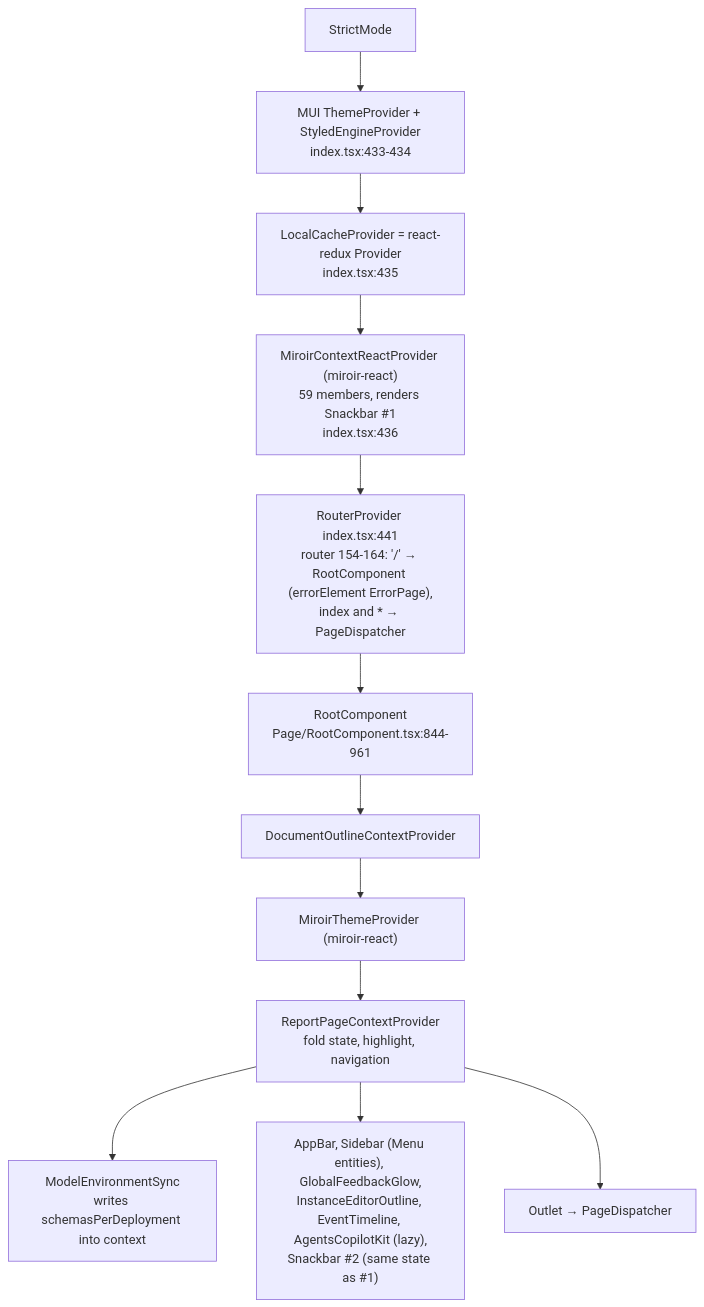
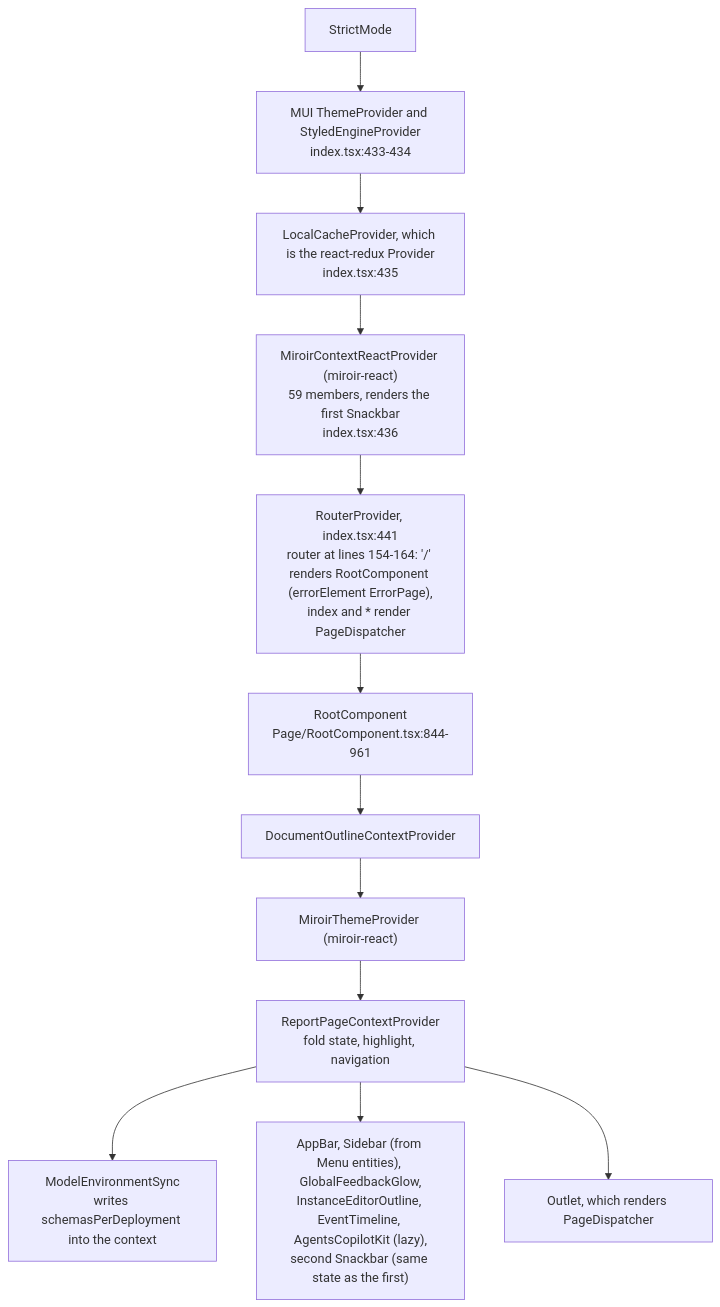
The second of 7 diagrams in code-helpers/analyses/2026-10-06-UI structure/analysis.md (miroir-framework/miroir), drawn with Mermaid before and after one commit. The commit also changed other lines of this file and 1 other file, not shown here.

First line of the commit message:
Rewrite the UI architecture review in plain language

````diff
--- a/code-helpers/analyses/2026-10-06-UI structure/analysis.md
+++ b/code-helpers/analyses/2026-10-06-UI structure/analysis.md
@@ -73,14 +75,14 @@
 ```mermaid
 flowchart TB
-  s["StrictMode"] --> t["MUI ThemeProvider + StyledEngineProvider<br/>index.tsx:433-434"]
-  t --> lc["LocalCacheProvider = react-redux Provider<br/>index.tsx:435"]
-  lc --> mc["MiroirContextReactProvider (miroir-react)<br/>59 members, renders Snackbar #1<br/>index.tsx:436"]
-  mc --> r["RouterProvider index.tsx:441<br/>router 154-164: '/' → RootComponent (errorElement ErrorPage),<br/>index and * → PageDispatcher"]
+  s["StrictMode"] --> t["MUI ThemeProvider and StyledEngineProvider<br/>index.tsx:433-434"]
+  t --> lc["LocalCacheProvider, which is the react-redux Provider<br/>index.tsx:435"]
+  lc --> mc["MiroirContextReactProvider (miroir-react)<br/>59 members, renders the first Snackbar<br/>index.tsx:436"]
+  mc --> r["RouterProvider, index.tsx:441<br/>router at lines 154-164: '/' renders RootComponent (errorElement ErrorPage),<br/>index and * render PageDispatcher"]
   r --> root["RootComponent<br/>Page/RootComponent.tsx:844-961"]
   root --> doc["DocumentOutlineContextProvider"]
   doc --> th["MiroirThemeProvider (miroir-react)"]
   th --> rp["ReportPageContextProvider<br/>fold state, highlight, navigation"]
-  rp --> sync["ModelEnvironmentSync<br/>writes schemasPerDeployment into context"]
-  rp --> shell["AppBar, Sidebar (Menu entities), GlobalFeedbackGlow,<br/>InstanceEditorOutline, EventTimeline, AgentsCopilotKit (lazy),<br/>Snackbar #2 (same state as #1)"]
-  rp --> out["Outlet → PageDispatcher"]
+  rp --> sync["ModelEnvironmentSync<br/>writes schemasPerDeployment into the context"]
+  rp --> shell["AppBar, Sidebar (from Menu entities), GlobalFeedbackGlow,<br/>InstanceEditorOutline, EventTimeline, AgentsCopilotKit (lazy),<br/>second Snackbar (same state as the first)"]
+  rp --> out["Outlet, which renders PageDispatcher"]
 ```
````
